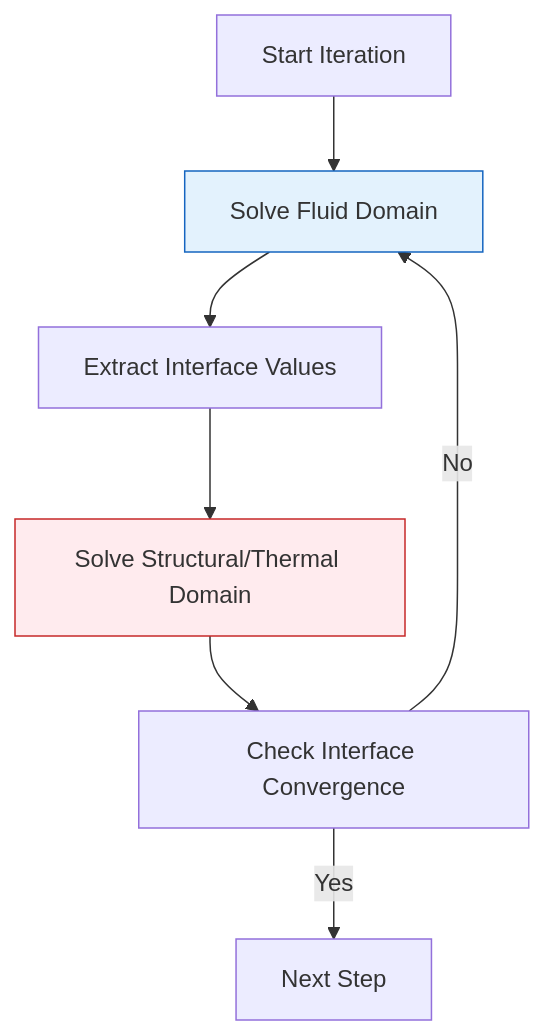
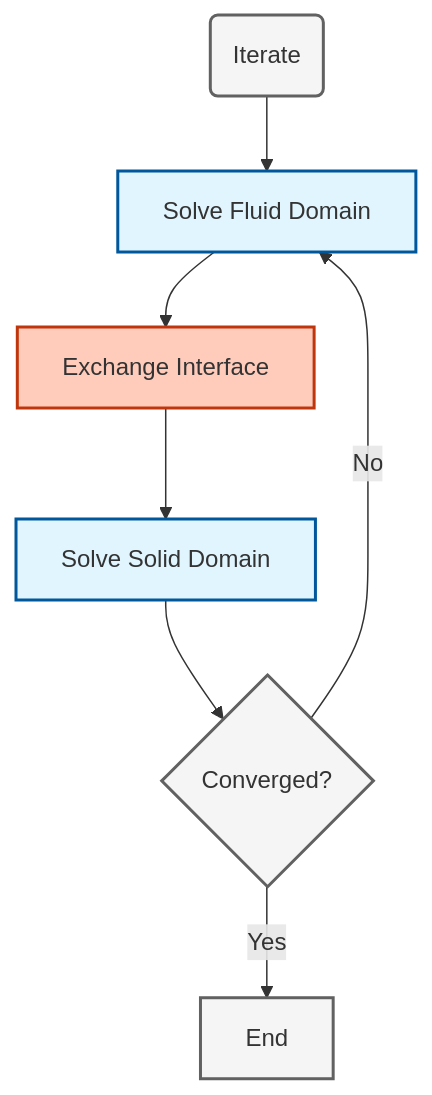
Before and after one commit to wramet/build-my-cfd: the second of 2 diagrams in MODULE_06_ADVANCED_PHYSICS/CONTENT/02_COUPLED_PHYSICS/00_Coupled_Physics_Fundamentals.md, drawn with Mermaid. The commit also changed other lines of this file and 313 other files, not shown here.

Commit message:
Revise all diagram

````diff
--- a/MODULE_06_ADVANCED_PHYSICS/CONTENT/02_COUPLED_PHYSICS/00_Coupled_Physics_Fundamentals.md
+++ b/MODULE_06_ADVANCED_PHYSICS/CONTENT/02_COUPLED_PHYSICS/00_Coupled_Physics_Fundamentals.md
@@ -109,12 +111,16 @@
 ```mermaid
 graph TD
-    A[Start Iteration] --> B[Solve Fluid Domain]
-    B --> C[Extract Interface Values]
-    C --> D[Solve Structural/Thermal Domain]
-    D --> E[Check Interface Convergence]
-    E -- No --> B
-    E -- Yes --> F[Next Step]
-
-    style B fill:#e3f2fd,stroke:#1565c0
-    style D fill:#ffebee,stroke:#c62828
+    classDef implicit fill:#e1f5fe,stroke:#01579b,stroke-width:2px
+    classDef explicit fill:#ffccbc,stroke:#bf360c,stroke-width:2px
+    classDef context fill:#f5f5f5,stroke:#616161,stroke-width:2px
+    
+    Start("Iterate"):::context
+    Fluid["Solve Fluid Domain"]:::implicit
+    Inter["Exchange Interface"]:::explicit
+    Solid["Solve Solid Domain"]:::implicit
+    Check{"Converged?"}:::context
+    
+    Start --> Fluid --> Inter --> Solid --> Check
+    Check -- "No" --> Fluid
+    Check -- "Yes" --> End["End"]:::context
 ```
````
